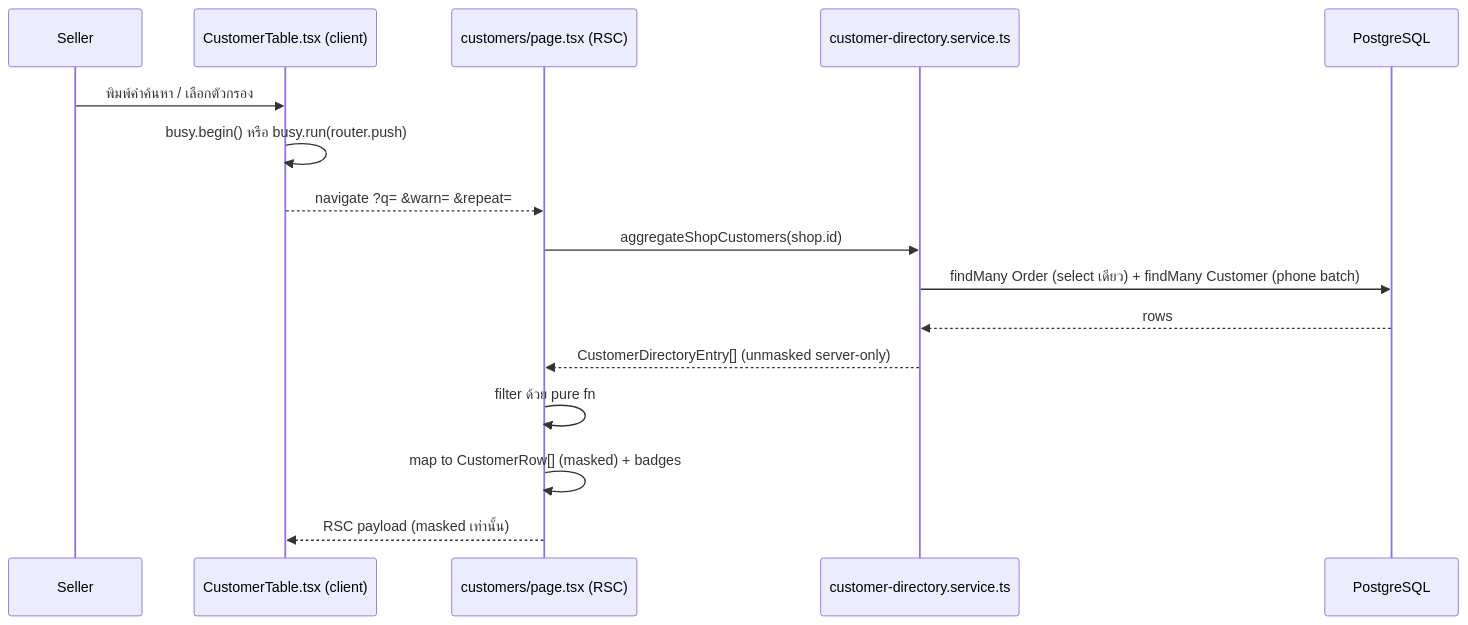
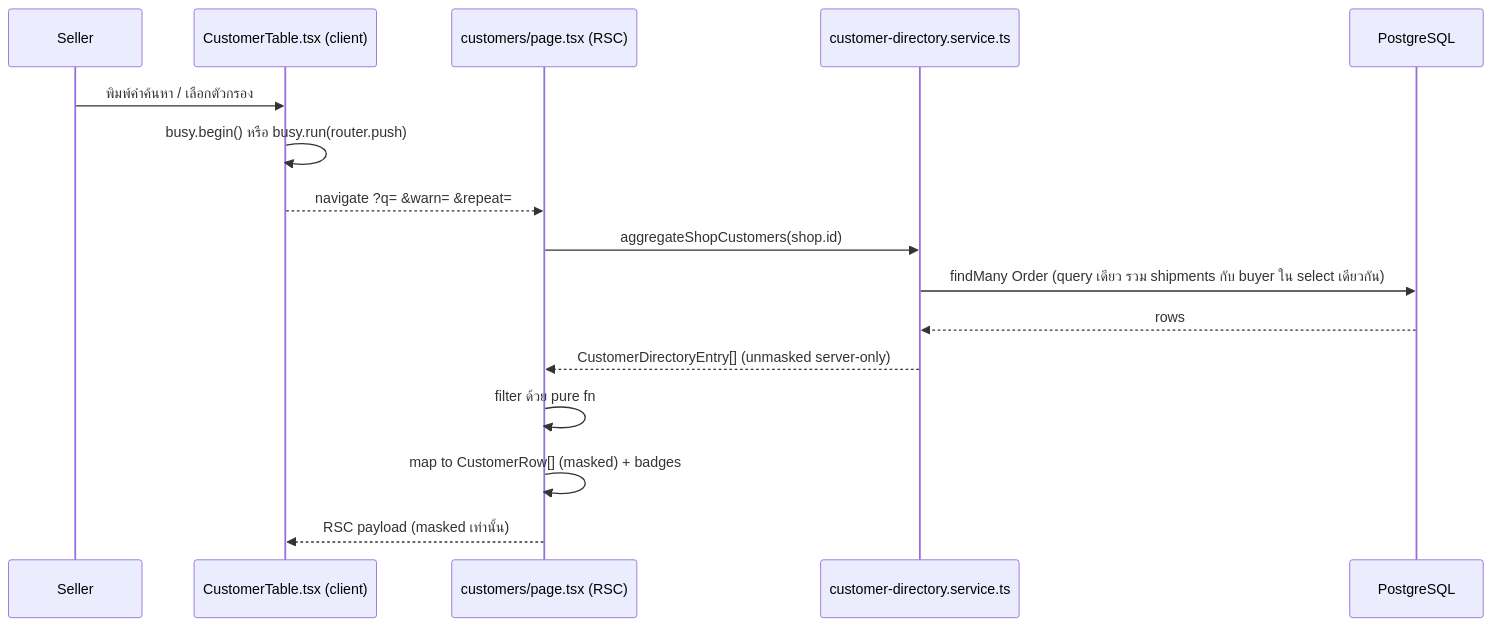
Before and after one commit to CodeCooLTH/deep-web: the second of 3 diagrams in docs/20 - Features/00057 - Customer Profile & Risk/SDS.md, drawn with Mermaid. The commit also changed other lines of this file and 4 other files, not shown here.

````diff
--- a/docs/20 - Features/00057 - Customer Profile & Risk/SDS.md
+++ b/docs/20 - Features/00057 - Customer Profile & Risk/SDS.md
@@ -70,19 +70,19 @@
 ```mermaid
 sequenceDiagram
     participant U as Seller
     participant CT as CustomerTable.tsx (client)
     participant P as customers/page.tsx (RSC)
     participant S as customer-directory.service.ts
     participant DB as PostgreSQL
 
     U->>CT: พิมพ์คำค้นหา / เลือกตัวกรอง
     CT->>CT: busy.begin() หรือ busy.run(router.push)
     CT-->>P: navigate ?q= &warn= &repeat=
     P->>S: aggregateShopCustomers(shop.id)
-    S->>DB: findMany Order (select เดียว) + findMany Customer (phone batch)
+    S->>DB: findMany Order (query เดียว รวม shipments กับ buyer ใน select เดียวกัน)
     DB-->>S: rows
     S-->>P: CustomerDirectoryEntry[] (unmasked server-only)
     P->>P: filter ด้วย pure fn
     P->>P: map to CustomerRow[] (masked) + badges
     P-->>CT: RSC payload (masked เท่านั้น)
 ```
````
